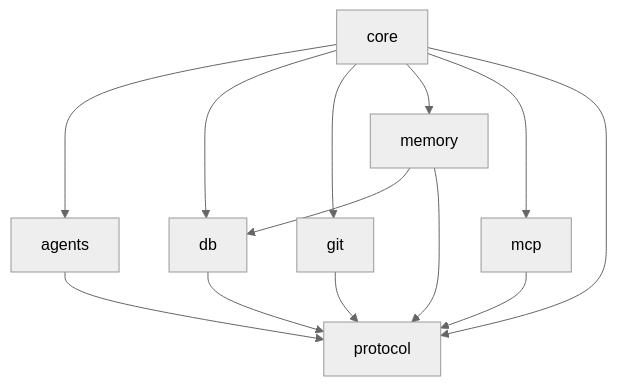
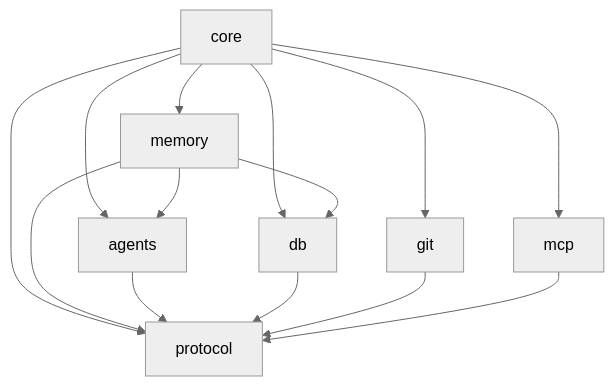
The second of 2 diagrams in ARCHITECTURE.md (davejj1530/openorc), drawn with Mermaid (neutral theme) before and after one commit. The commit also changed 5 other files, not shown here.

````diff
--- a/ARCHITECTURE.md
+++ b/ARCHITECTURE.md
@@ -43,15 +43,16 @@
 ```mermaid
 flowchart TD
   CORE[core] --> AGENTS[agents]
   CORE --> DB[db]
   CORE --> GIT[git]
   CORE --> MEMORY[memory]
   CORE --> MCP[mcp]
   CORE --> PROTOCOL[protocol]
+  MEMORY --> AGENTS
   MEMORY --> DB
   MEMORY --> PROTOCOL
   AGENTS --> PROTOCOL
   DB --> PROTOCOL
   GIT --> PROTOCOL
   MCP --> PROTOCOL
 ```
````
